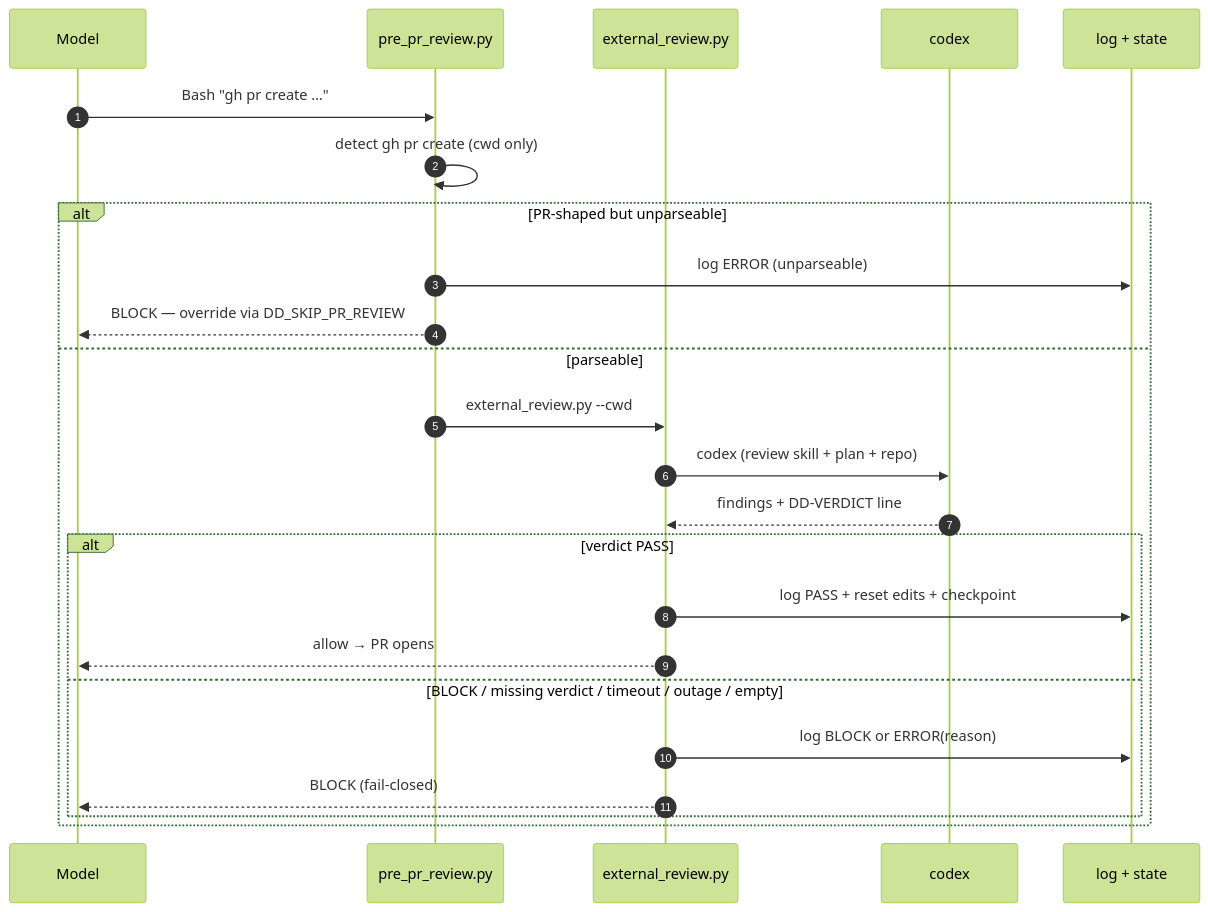
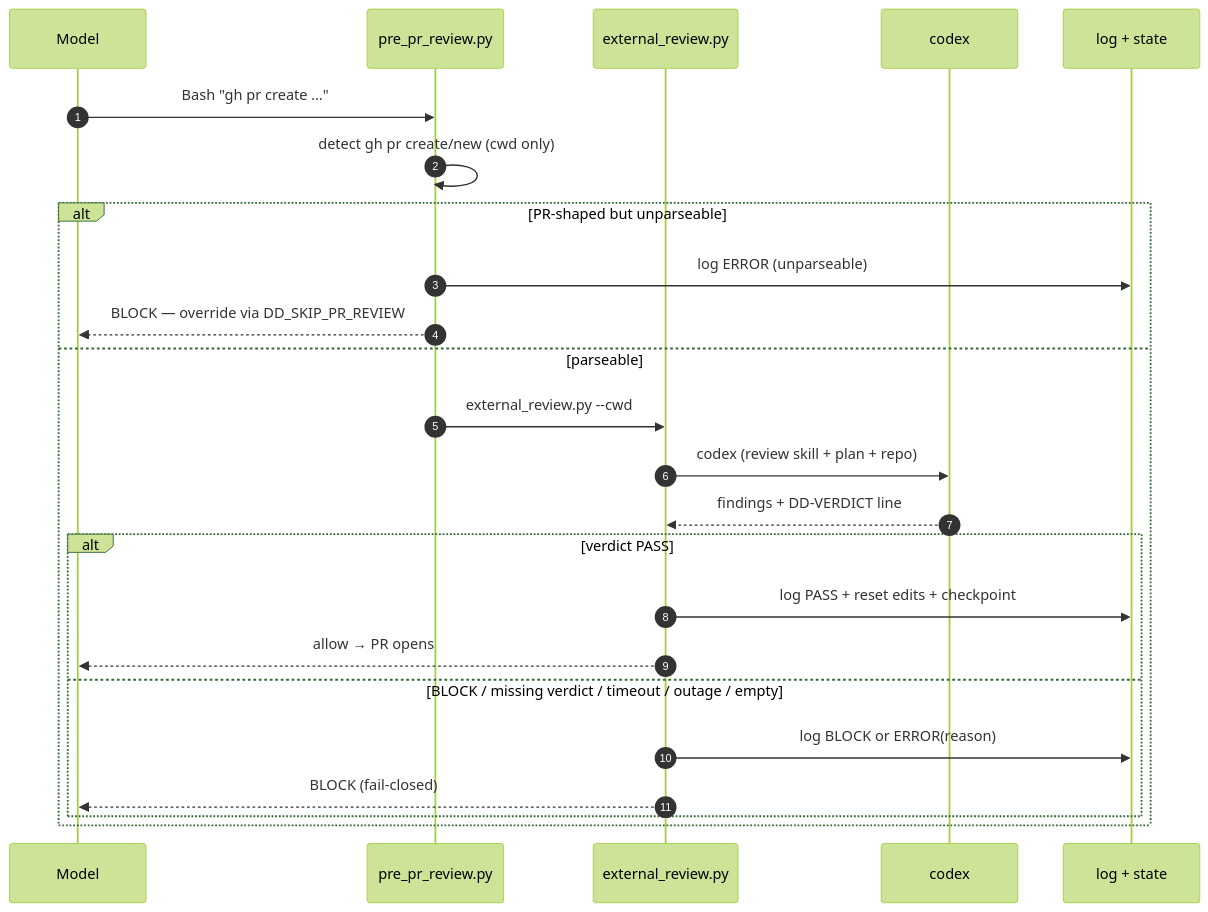
The fifth of 6 diagrams in ARCHITECTURE.md (midris/disciplined-development-skills), drawn with Mermaid (forest theme) before and after one commit. The commit also changed other lines of this file and 5 other files, not shown here.

````diff
--- a/ARCHITECTURE.md
+++ b/ARCHITECTURE.md
@@ -227,26 +227,26 @@
 ```mermaid
 sequenceDiagram
     autonumber
     participant M as Model
     participant H as pre_pr_review.py
     participant E as external_review.py
     participant C as codex
     participant L as log + state
     M->>H: Bash "gh pr create …"
-    H->>H: detect gh pr create (cwd only)
+    H->>H: detect gh pr create/new (cwd only)
     alt PR-shaped but unparseable
         H->>L: log ERROR (unparseable)
         H-->>M: BLOCK — override via DD_SKIP_PR_REVIEW
     else parseable
         H->>E: external_review.py --cwd
         E->>C: codex (review skill + plan + repo)
         C-->>E: findings + DD-VERDICT line
         alt verdict PASS
             E->>L: log PASS + reset edits + checkpoint
             E-->>M: allow → PR opens
         else BLOCK / missing verdict / timeout / outage / empty
             E->>L: log BLOCK or ERROR(reason)
             E-->>M: BLOCK (fail-closed)
         end
     end
 ```
````
